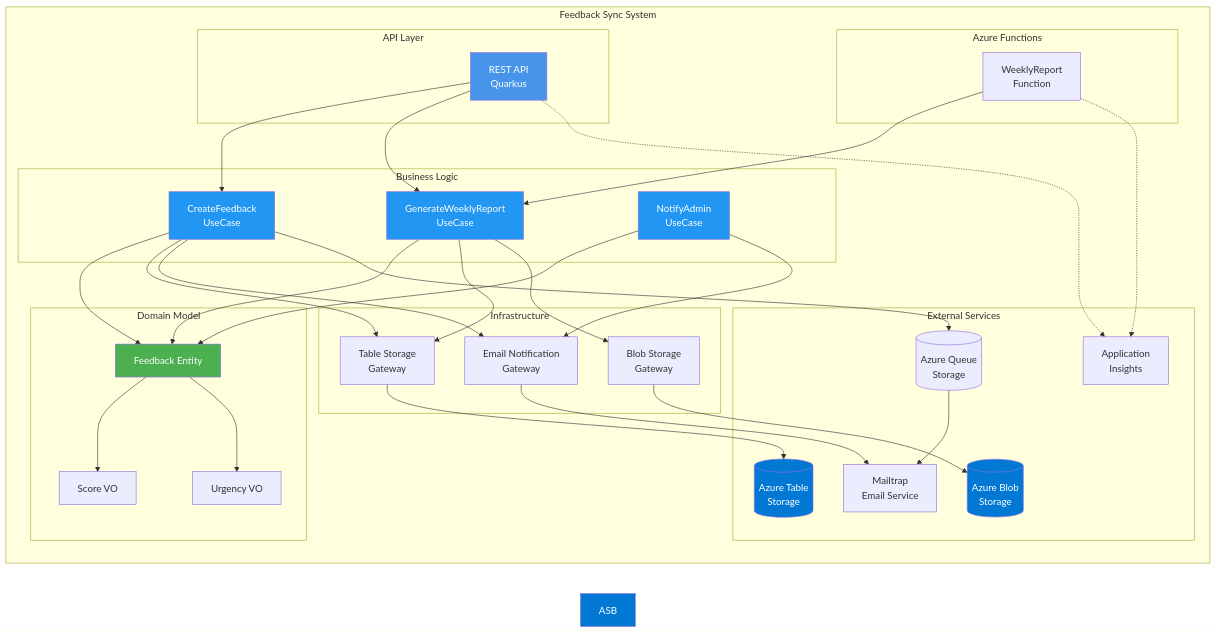
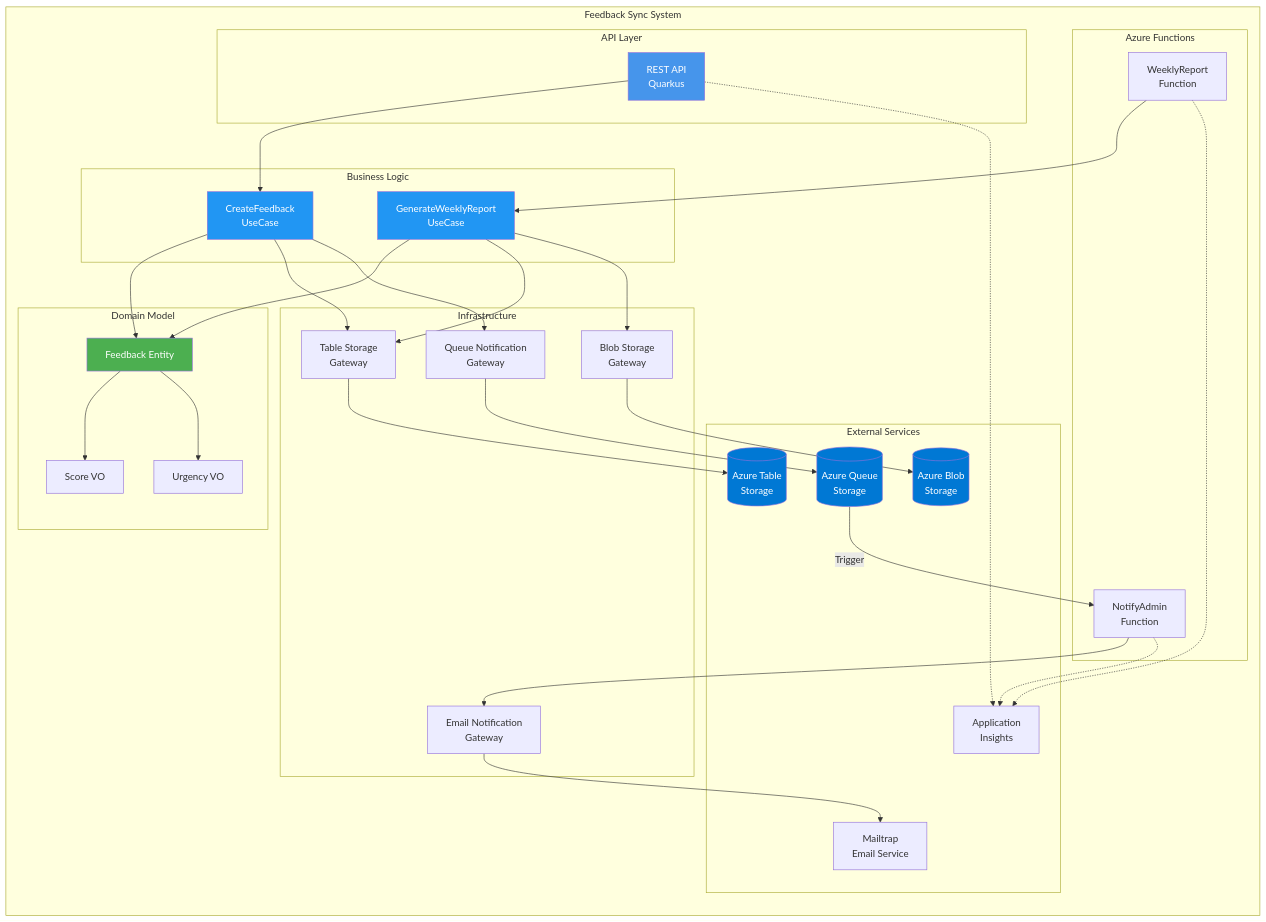
The sixth of 9 diagrams in README.md (luizffdemoraes/feedback-sync), drawn with Mermaid before and after one commit. The commit also changed other lines of this file, not shown here.

Commit message:
Refactor.

````diff
--- a/README.md
+++ b/README.md
@@ -476,68 +477,67 @@
 ```mermaid
 graph LR
     subgraph "Feedback Sync System"
         subgraph "API Layer"
             REST[REST API<br/>Quarkus]
         end
         
         subgraph "Business Logic"
             UC1[CreateFeedback<br/>UseCase]
             UC2[GenerateWeeklyReport<br/>UseCase]
-            UC3[NotifyAdmin<br/>UseCase]
         end
         
         subgraph "Domain Model"
             FB[Feedback Entity]
             SC[Score VO]
             UR[Urgency VO]
         end
         
         subgraph "Infrastructure"
             TS[Table Storage<br/>Gateway]
-            NG[Email Notification<br/>Gateway]
+            QNG[Queue Notification<br/>Gateway]
+            ENG[Email Notification<br/>Gateway]
             BS[Blob Storage<br/>Gateway]
         end
         
         subgraph "Azure Functions"
+            NF[NotifyAdmin<br/>Function]
             WF[WeeklyReport<br/>Function]
         end
         
         subgraph "External Services"
             AST[(Azure Table<br/>Storage)]
             MT[Mailtrap<br/>Email Service]
             QS[(Azure Queue<br/>Storage)]
             ABS[(Azure Blob<br/>Storage)]
             AI[Application<br/>Insights]
         end
     end
 
     REST --> UC1
-    REST --> UC2
     UC1 --> FB
     UC2 --> FB
-    UC3 --> FB
     FB --> SC
     FB --> UR
     UC1 --> TS
-    UC1 --> NG
-    UC1 --> QS
+    UC1 --> QNG
     UC2 --> TS
     UC2 --> BS
-    UC3 --> NG
     TS --> AST
-    NG --> MT
-    QS --> MT
+    QNG --> QS
+    QS -->|Trigger| NF
+    NF --> ENG
+    ENG --> MT
     BS --> ABS
     WF --> UC2
     REST -.-> AI
+    NF -.-> AI
     WF -.-> AI
 
     style REST fill:#4695EB,color:#fff
     style UC1 fill:#2196F3,color:#fff
     style UC2 fill:#2196F3,color:#fff
-    style UC3 fill:#2196F3,color:#fff
     style FB fill:#4CAF50,color:#fff
     style AST fill:#0078D4,color:#fff
-    style ASB fill:#0078D4,color:#fff
+    style QS fill:#0078D4,color:#fff
     style ABS fill:#0078D4,color:#fff
 ```
````
